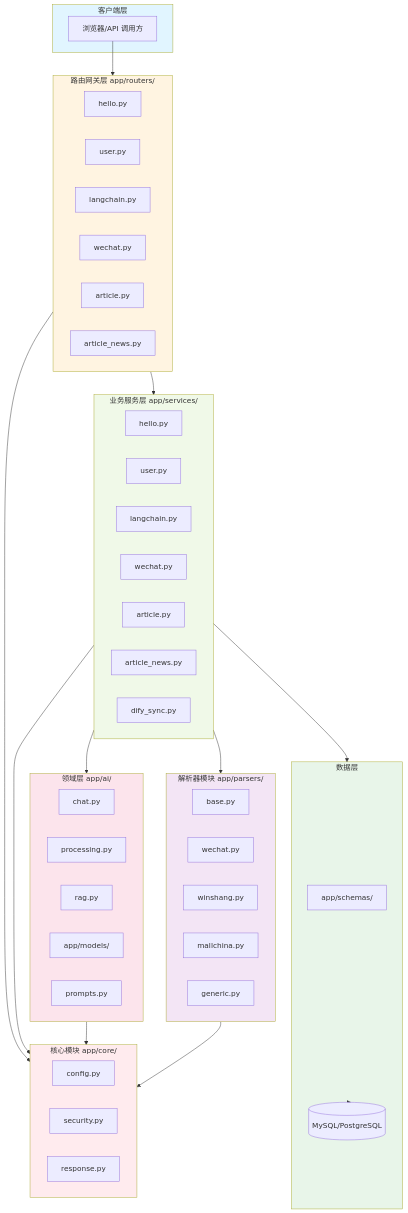
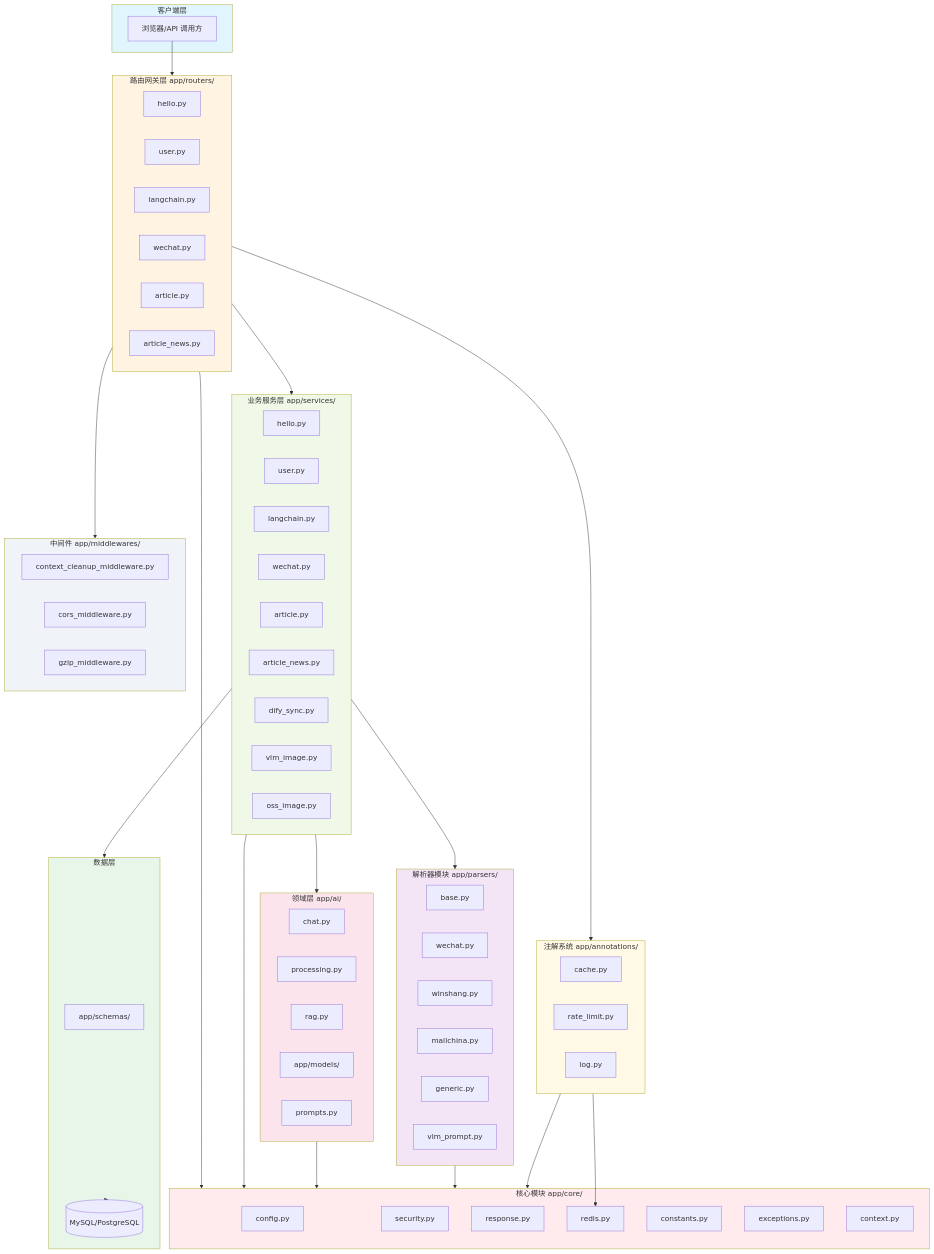
The first of 2 diagrams in CLAUDE.md (a5635268/fastapi-tp6-ai-sidecar), drawn with Mermaid before and after one commit. The commit also changed other lines of this file and 4 other files, not shown here.

````diff
--- a/CLAUDE.md
+++ b/CLAUDE.md
@@ -33,6 +33,8 @@
         ArticleSvc[article.py]
         ArticleNewsSvc[article_news.py]
         DifySvc[dify_sync.py]
+        VlmSvc[vlm_image.py]
+        OssSvc[oss_image.py]
     end
 
     subgraph Domain["领域层 app/ai/"]
@@ -49,6 +51,7 @@
         WinshangParser[winshang.py]
         MallChinaParser[mallchina.py]
         GenericParser[generic.py]
+        VlmPrompt[vlm_prompt.py]
     end
 
     subgraph Data["数据层"]
@@ -61,10 +64,28 @@
         Config[config.py]
         Security[security.py]
         Response[response.py]
+        Redis[redis.py]
+        Constants[constants.py]
+        Exceptions[exceptions.py]
+        Context[context.py]
+    end
+
+    subgraph Annotation["注解系统 app/annotations/"]
+        Cache[cache.py]
+        RateLimit[rate_limit.py]
+        Log[log.py]
+    end
+
+    subgraph Middleware["中间件 app/middlewares/"]
+        ContextCleanup[context_cleanup_middleware.py]
+        Cors[cors_middleware.py]
+        Gzip[gzip_middleware.py]
     end
 
     Browser --> Gateway
     Gateway --> Service
+    Gateway --> Annotation
+    Gateway --> Middleware
     Service --> Domain
     Service --> Parser
     Service --> Data
@@ -73,6 +94,8 @@
     Service --> Core
     Domain --> Core
     Parser --> Core
+    Annotation --> Core
+    Annotation --> Redis
 
     style Client fill:#e1f5ff
     style Gateway fill:#fff4e1
@@ -81,4 +104,6 @@
     style Parser fill:#f3e5f5
     style Data fill:#e8f5e9
     style Core fill:#ffebee
+    style Annotation fill:#fff9e6
+    style Middleware fill:#f0f4f8
 ```
````
